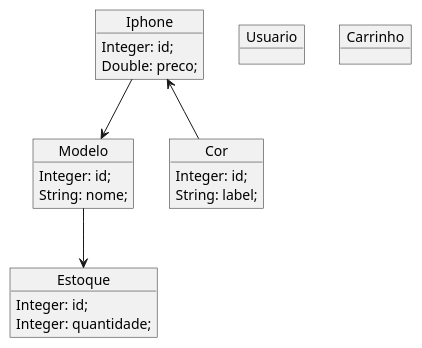
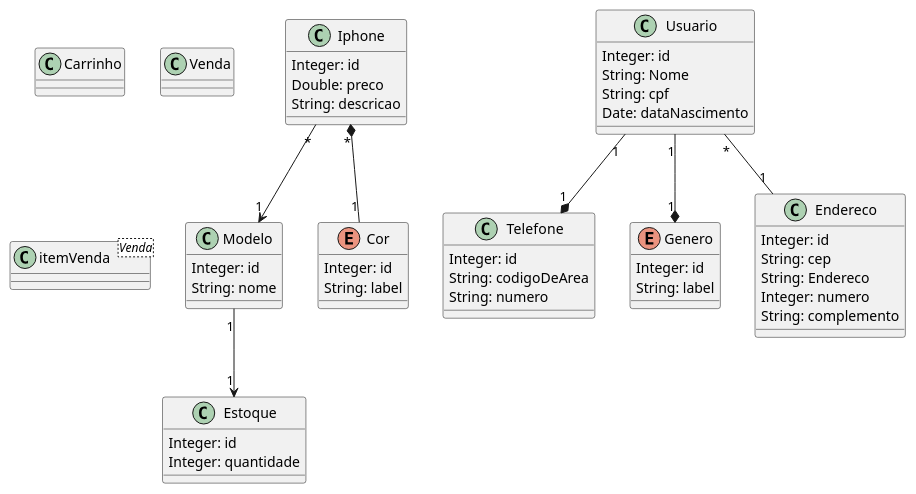
The diagram in index.puml (rafael-a-s/modelo-uml-rriphones), drawn with PlantUML before and after one commit.

Commit message:
Usuario, e produto(iphone) feitas assim como seus atributos tambem, relacionamentos criados, porem requer uma revisão.

```diff
--- a/index.puml
+++ b/index.puml
@@ -1,28 +1,63 @@
 @startuml
 
-
-object Iphone{
-  Integer: id;
-  Double: preco;
+'=============== Produto ============'
+class Iphone{
+  Integer: id
+  Double: preco
+  String: descricao
 }
-object Modelo{
-  Integer: id;
-  String: nome;
+class Modelo{
+  Integer: id
+  String: nome
 }
-object Cor{
-  Integer: id;
-  String: label;
+enum Cor{
+  Integer: id
+  String: label
 }
-object Estoque{
-  Integer: id;
-  Integer: quantidade;
+class Estoque{
+  Integer: id
+  Integer: quantidade
 
 }
-object Usuario
-object Carrinho
+Iphone "*"*--"1" Cor
+Iphone "*"-->"1" Modelo
+Modelo "1"-->"1" Estoque
+'=============== Usuario ============'
+class Usuario{
+  Integer: id
+  String: Nome
+  String: cpf
+  Date: dataNascimento
 
-Iphone <-- Cor
-Iphone --> Modelo
-Modelo --> Estoque
+}
+class Telefone{
+  Integer: id
+  String: codigoDeArea
+  String: numero
+}
+enum Genero{
+  Integer: id
+  String: label
+}
+class Endereco{
+  Integer: id
+  String: cep 
+  String: Endereco
+  Integer: numero
+  String: complemento
+}
+
+Usuario "1"--*"1" Genero
+Usuario "1"--*"1" Telefone
+Usuario "*"--"1" Endereco
+'=============== Compra ============'
+class Carrinho
+class Venda
+class itemVenda<Venda>
+
+
+
+'=============== relacionamentos ============'
+
 
 @enduml
```
